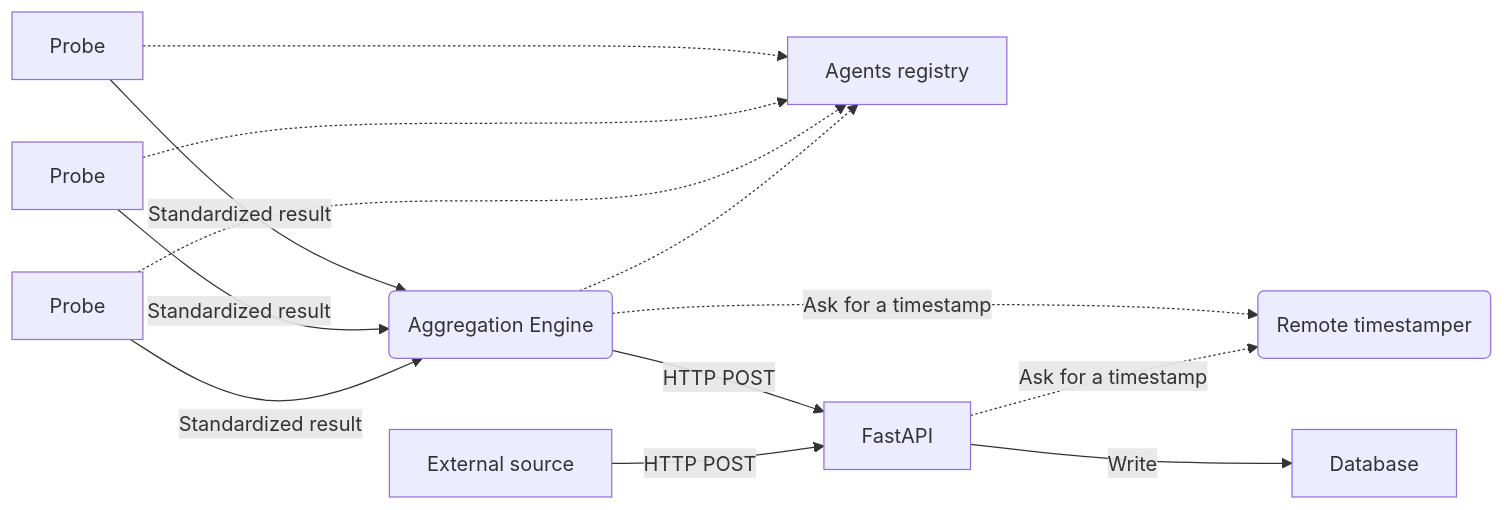
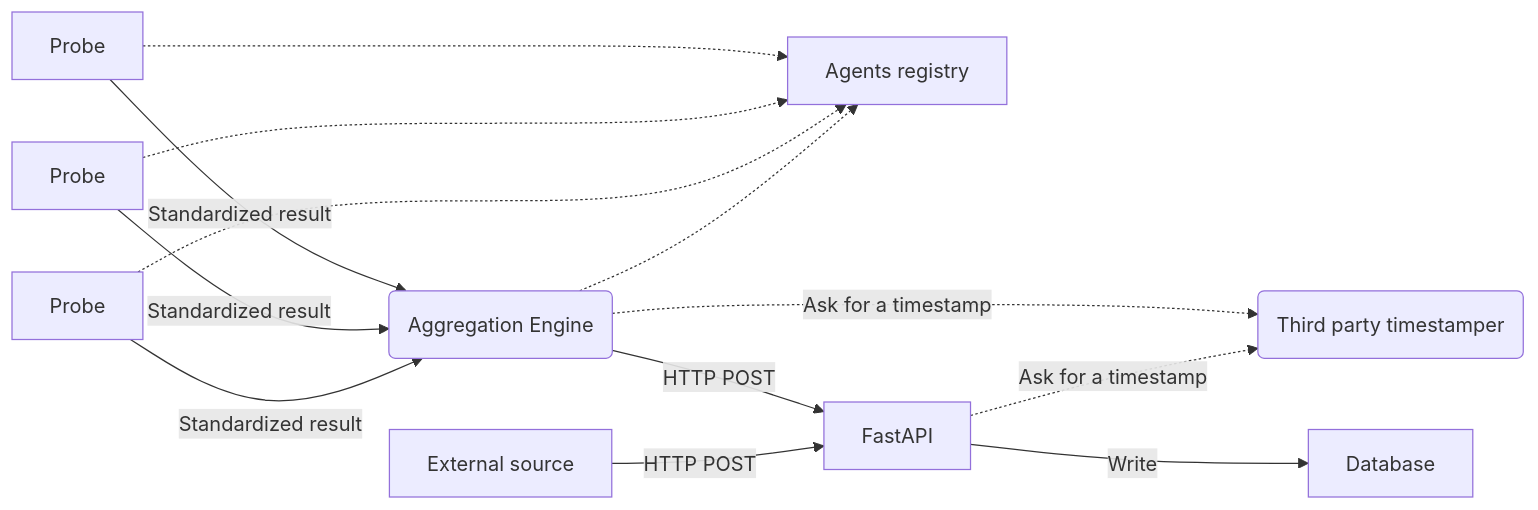
One commit to scandale-project/scandale changed the diagram in README.md. Above: the diagram before and after it, drawn with Mermaid. The commit also changed 1 other file, not shown here.

Commit message:
chg: [documentation] Updated architecture documentation.

````diff
--- a/README.md
+++ b/README.md
@@ -26,19 +26,19 @@
 ```mermaid
 flowchart LR
 
 P[Probe] -->|Standardized result| A(Aggregation Engine)
 P1[Probe] -->|Standardized result| A
 P2[Probe] -->|Standardized result| A
 
-A -.->|Ask for a timestamp| RTS(Remote timestamper)
+A -.->|Ask for a timestamp| RTS(Third party timestamper)
 
 P -.-> H[Agents registry]
 P1 -.-> H
 P2 -.-> H
 A -.-> H
 
 A -->|HTTP POST| B[FastAPI]
 B -.->|Ask for a timestamp| RTS
 B -->|Write| G[Database]
 E[External source] -->|HTTP POST| B
 ```
````
